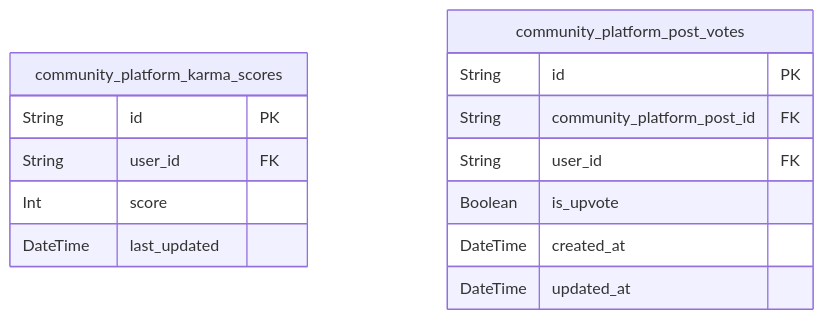
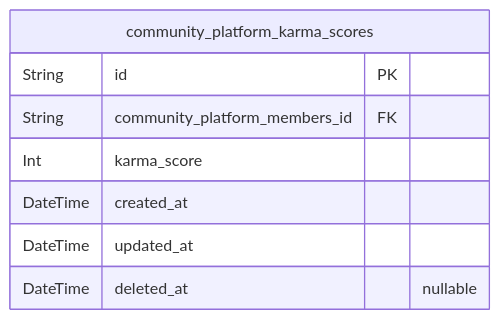
One commit to wrtnlabs/autobe-examples changed the eighth of 11 diagrams in qwen/qwen3-30b-a3b-thinking-2507/reddit/docs/ERD.md. Above: the diagram before and after it, drawn with Mermaid. The commit also changed other lines of this file and 11104 other files, not shown here.

````diff
--- a/qwen/qwen3-30b-a3b-thinking-2507/reddit/docs/ERD.md
+++ b/qwen/qwen3-30b-a3b-thinking-2507/reddit/docs/ERD.md
@@ -428,17 +820,11 @@
 ```mermaid
 erDiagram
 "community_platform_karma_scores" {
   String id PK
-  String user_id FK
-  Int score
-  DateTime last_updated
-}
-"community_platform_post_votes" {
-  String id PK
-  String community_platform_post_id FK
-  String user_id FK
-  Boolean is_upvote
+  String community_platform_members_id FK
+  Int karma_score
   DateTime created_at
   DateTime updated_at
+  DateTime deleted_at "nullable"
 }
 ```
````
